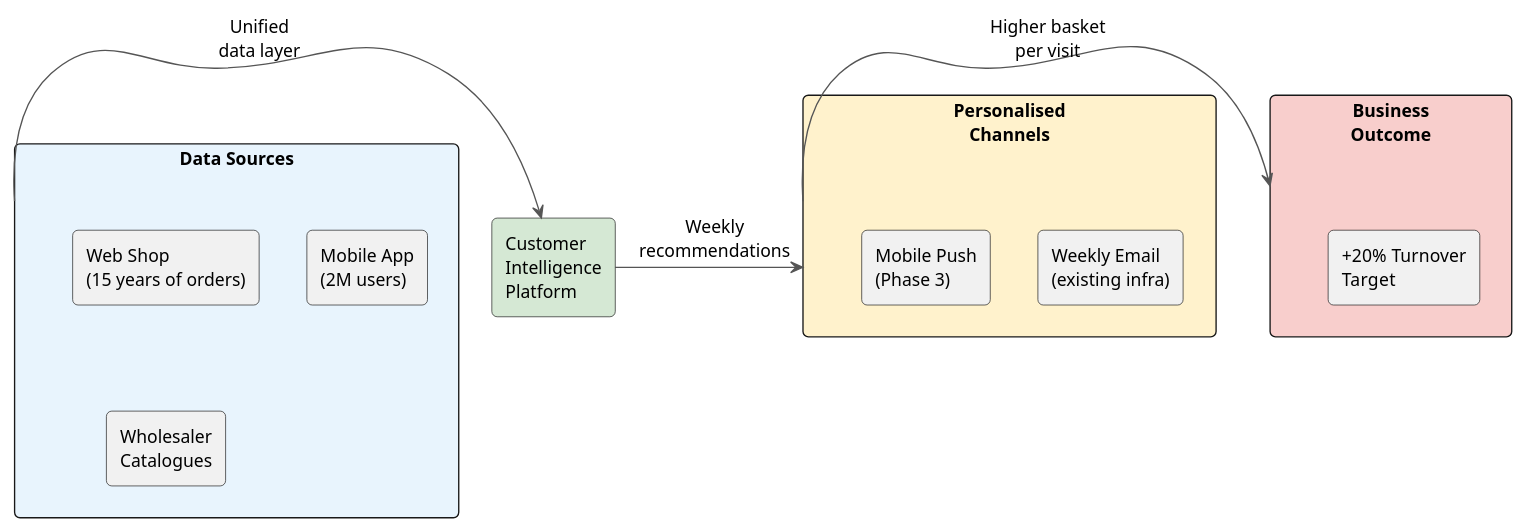
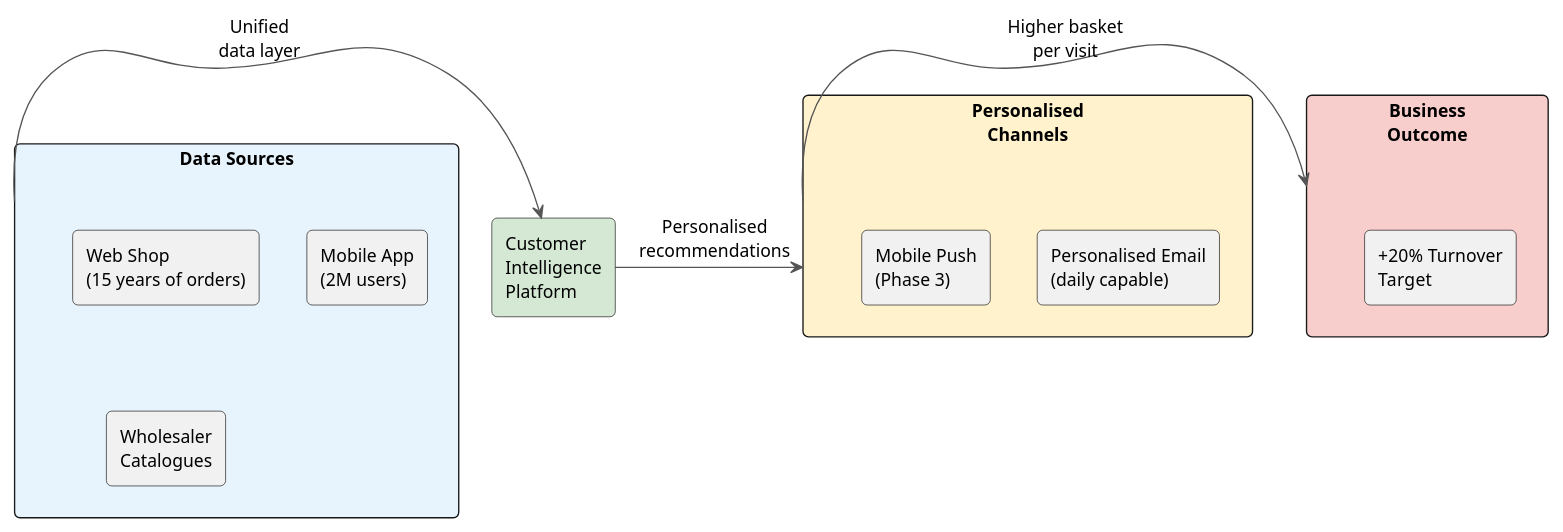
Before and after one commit to mosurekImagination/solution-architecture-case-studies: the diagram in 02/docs/solution-design-proposal.adoc, drawn with PlantUML. The commit also changed other lines of this file and 7 other files, not shown here.

```diff
--- a/02/docs/solution-design-proposal.adoc
+++ b/02/docs/solution-design-proposal.adoc
@@ -106,31 +107,31 @@
 [plantuml, case02-proposal-value-chain, svg]
 ----
 @startuml
 skinparam defaultFontSize 13
 skinparam defaultFontName Arial
 skinparam ArrowColor #555555
 skinparam RoundCorner 8
 
 rectangle "Data Sources" as sources #E8F4FD {
   rectangle "Web Shop\n(15 years of orders)" as web
   rectangle "Mobile App\n(2M users)" as mobile
   rectangle "Wholesaler\nCatalogues" as suppliers
 }
 
 rectangle "Customer\nIntelligence\nPlatform" as platform #D5E8D4
 
 rectangle "Personalised\nChannels" as channels #FFF2CC {
-  rectangle "Weekly Email\n(existing infra)" as email
+  rectangle "Personalised Email\n(daily capable)" as email
   rectangle "Mobile Push\n(Phase 3)" as push
 }
 
 rectangle "Business\nOutcome" as outcome #F8CECC {
   rectangle "+20% Turnover\nTarget" as turnover
 }
 
 sources -right-> platform : Unified\ndata layer
-platform -right-> channels : Weekly\nrecommendations
+platform -right-> channels : Personalised\nrecommendations
 channels -right-> outcome : Higher basket\nper visit
 
 @enduml
 ----
```
